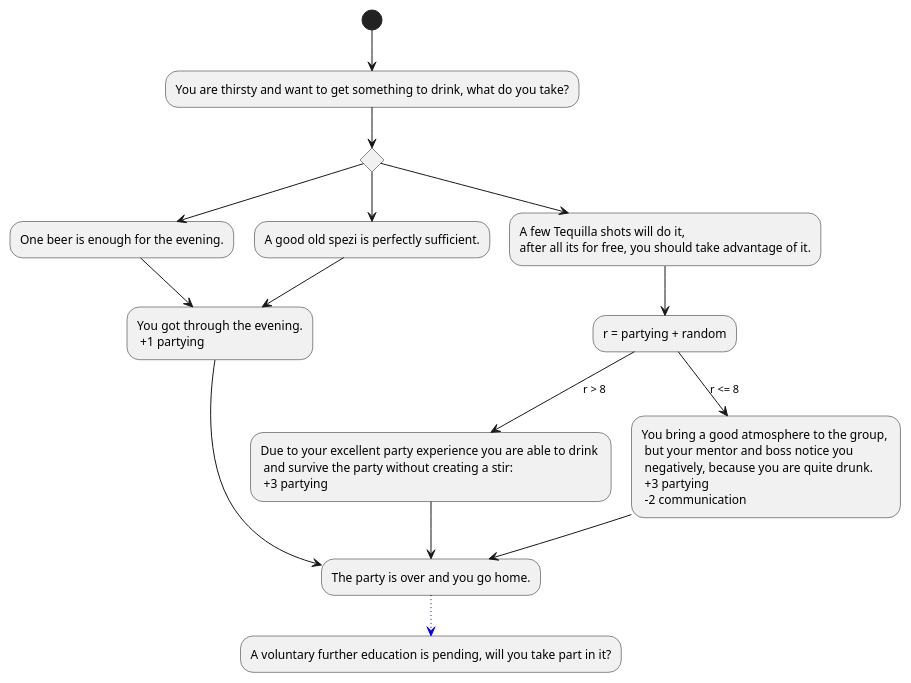
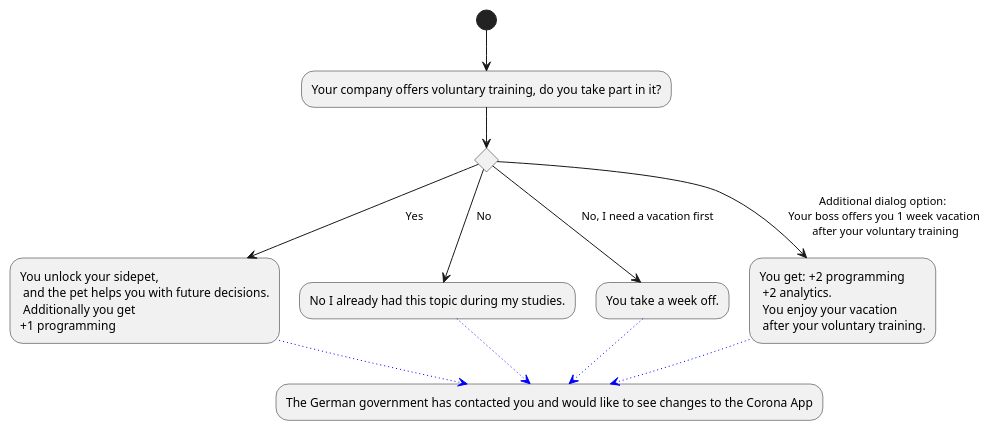
One commit to Brotenko/QualityQuest changed the diagram in Docs/Technical Specifications/docs/diagrams/StoryFlow/StoryFlow_Decision_9.puml. Above: the diagram before and after it, drawn with PlantUML. The commit also changed 28 other files, not shown here.

```diff
--- a/Docs/Technical Specifications/docs/diagrams/StoryFlow/StoryFlow_Decision_9.puml
+++ b/Docs/Technical Specifications/docs/diagrams/StoryFlow/StoryFlow_Decision_9.puml
@@ -1,22 +1,18 @@
 @startuml
-(*) --> "You are thirsty and want to get something to drink, what do you take?" as alc
-if "" then 
---> "One beer is enough for the evening." as genießen
-genießen --> "You got through the evening.\n +1 partying" as party
+(*) --> "Your company offers voluntary training, do you take part in it?"
+
+if "" then
+--> [Yes] "You unlock your sidepet, \n and the pet helps you with future decisions.\n Additionally you get \n+1 programming" as a1
+else
+--> [No] "No I already had this topic during my studies." as a2
 else 
---> "A good old spezi is perfectly sufficient."
---> party
+--> [No, I need a vacation first] "You take a week off." as a3
 else 
---> "A few Tequilla shots will do it, \nafter all its for free, you should take advantage of it." as saufen
-
+--> [Additional dialog option: \n Your boss offers you 1 week vacation \n after your voluntary training] "You get: +2 programming \n +2 analytics. \n You enjoy your vacation \n after your voluntary training."
 endif
 
-saufen --> "r = partying + random" as r
-r --> [r > 8] "Due to your excellent party experience you are able to drink \n and survive the party without creating a stir: \n +3 partying" as alci
-r --> [r <= 8] "You bring a good atmosphere to the group, \n but your mentor and boss notice you \n negatively, because you are quite drunk.\n +3 partying \n -2 communication"
---> "The party is over and you go home." as hause
-party --> hause
-alci --> hause
--[#blue,dotted]-> "A voluntary further education is pending, will you take part in it?"
-
+-[#blue,dotted]-> "The German government has contacted you and would like to see changes to the Corona App" as app
+a2 -[#blue,dotted]-> app
+a1 -[#blue,dotted]-> app
+a3 -[#blue,dotted]-> app
 @enduml
```
